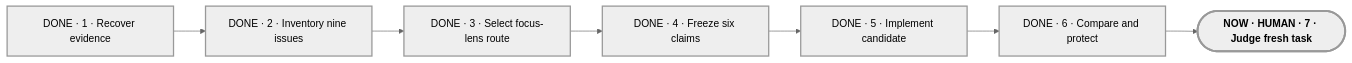
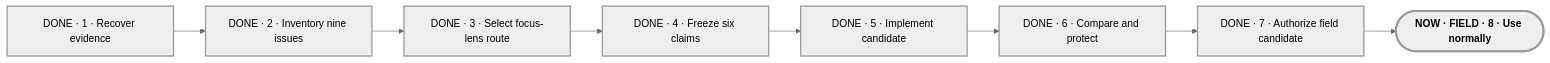
One commit to Pu11en/portable-planner changed the diagram in planning/PLAN-VIEW.md. Above: the diagram before and after it, drawn with Mermaid (neutral theme). The commit also changed other lines of this file and 13 other files, not shown here.

Commit message:
release: prepare beta 7 field candidate

````diff
--- a/planning/PLAN-VIEW.md
+++ b/planning/PLAN-VIEW.md
@@ -11,17 +11,18 @@
 ```mermaid
 flowchart LR
     M1["DONE · 1 · Recover evidence"]
     M2["DONE · 2 · Inventory nine issues"]
     M3["DONE · 3 · Select focus-lens route"]
     M4["DONE · 4 · Freeze six claims"]
     M5["DONE · 5 · Implement candidate"]
     M6["DONE · 6 · Compare and protect"]
-    M7(["NOW · HUMAN · 7 · Judge fresh task"])
-    M1 --> M2 --> M3 --> M4 --> M5 --> M6 --> M7
+    M7["DONE · 7 · Authorize field candidate"]
+    M8(["NOW · FIELD · 8 · Use normally"])
+    M1 --> M2 --> M3 --> M4 --> M5 --> M6 --> M7 --> M8
 
     classDef current stroke-width:3px,font-weight:700;
     classDef milestone stroke-width:2px;
     classDef proof stroke-width:3px,font-weight:700;
-    class M7 current;
-    class M1,M2,M3,M4,M5,M6 milestone;
+    class M8 current;
+    class M1,M2,M3,M4,M5,M6,M7 milestone;
 ```
````
